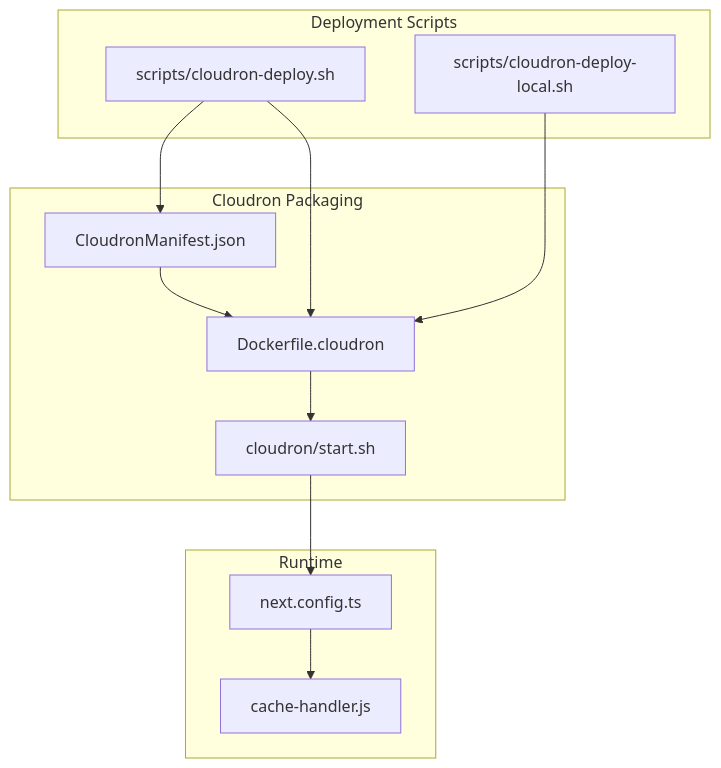
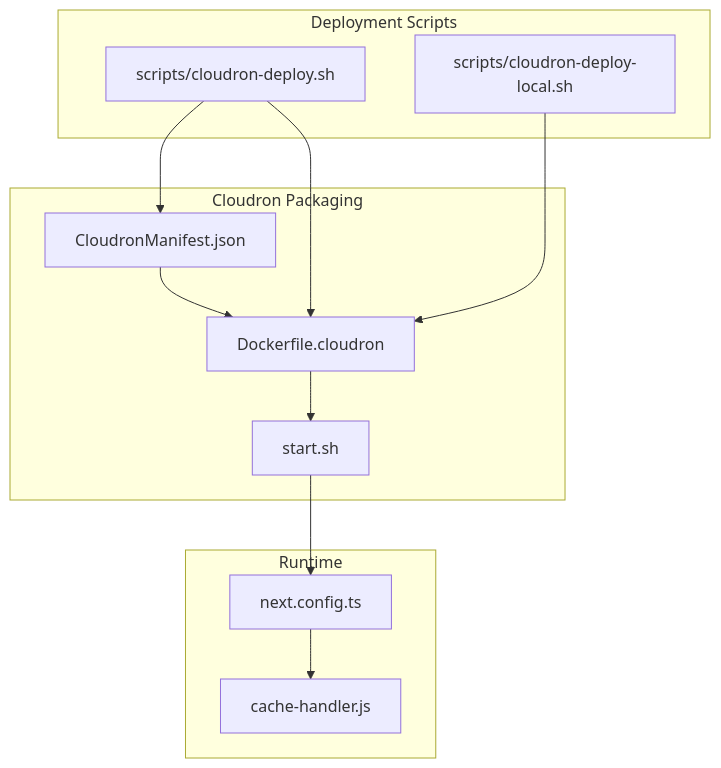
The first of 3 diagrams in .qoder/repowiki/en/content/Deployment and Operations/Cloudron Deployment.md (SinesysTech/zattar-os), drawn with Mermaid before and after one commit. The commit also changed other lines of this file and 40 other files, not shown here.

````diff
--- a/.qoder/repowiki/en/content/Deployment and Operations/Cloudron Deployment.md
+++ b/.qoder/repowiki/en/content/Deployment and Operations/Cloudron Deployment.md
@@ -40,23 +48,23 @@
 ```mermaid
 graph TB
 subgraph "Cloudron Packaging"
 CM["CloudronManifest.json"]
 DF["Dockerfile.cloudron"]
-SS["cloudron/start.sh"]
+SS["start.sh"]
 end
 subgraph "Deployment Scripts"
 DR["scripts/cloudron-deploy.sh"]
 DL["scripts/cloudron-deploy-local.sh"]
 end
 subgraph "Runtime"
 NC["next.config.ts"]
 CH["cache-handler.js"]
 end
 CM --> DF
 DF --> SS
 DR --> CM
 DR --> DF
 DL --> DF
 SS --> NC
 NC --> CH
 ```
````
